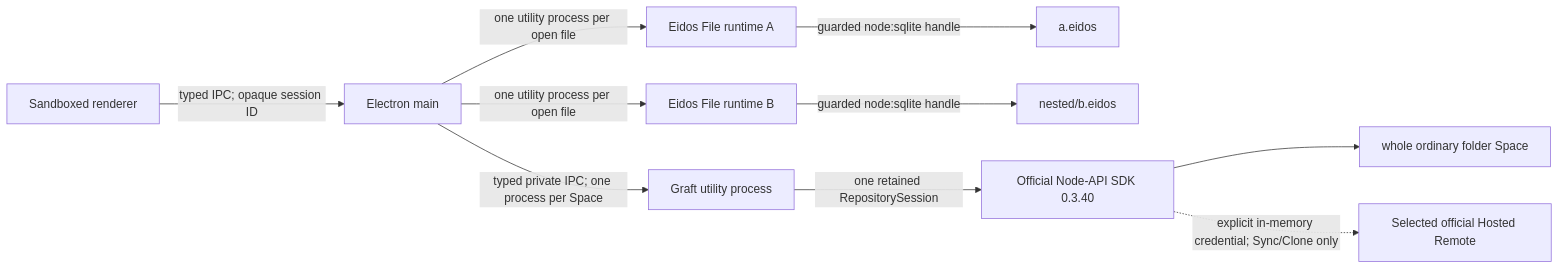
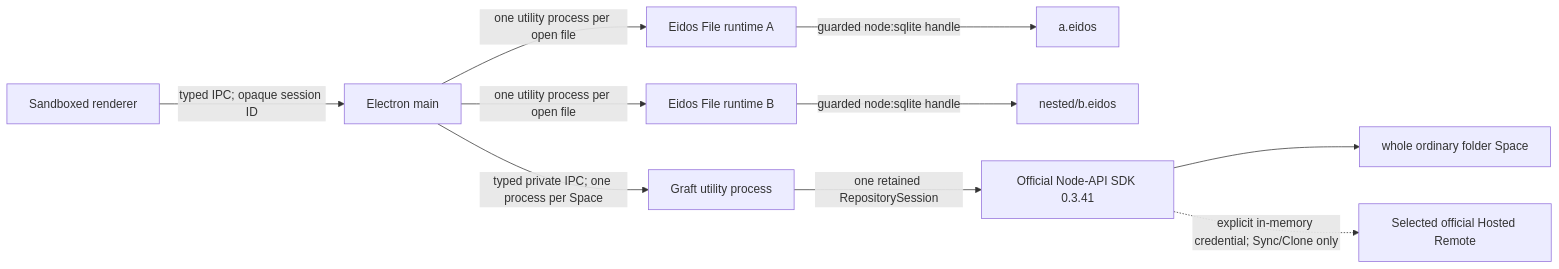
One commit to mayneyao/eidos changed the first of 3 diagrams in apps/eidos-lite-desktop/docs/ARCHITECTURE.md. Above: the diagram before and after it, drawn with Mermaid. The commit also changed other lines of this file and 13 other files, not shown here.

````diff
--- a/apps/eidos-lite-desktop/docs/ARCHITECTURE.md
+++ b/apps/eidos-lite-desktop/docs/ARCHITECTURE.md
@@ -94,12 +94,12 @@
 ```mermaid
 flowchart LR
   R["Sandboxed renderer"] -->|"typed IPC; opaque session ID"| M["Electron main"]
   M -->|"one utility process per open file"| F1["Eidos File runtime A"]
   M -->|"one utility process per open file"| F2["Eidos File runtime B"]
   F1 -->|"guarded node:sqlite handle"| E1["a.eidos"]
   F2 -->|"guarded node:sqlite handle"| E2["nested/b.eidos"]
   M -->|"typed private IPC; one process per Space"| G["Graft utility process"]
-  G -->|"one retained RepositorySession"| N["Official Node-API SDK 0.3.40"]
+  G -->|"one retained RepositorySession"| N["Official Node-API SDK 0.3.41"]
   N --> S["whole ordinary folder Space"]
   N -. "explicit in-memory credential; Sync/Clone only" .-> H["Selected official Hosted Remote"]
 ```
````
